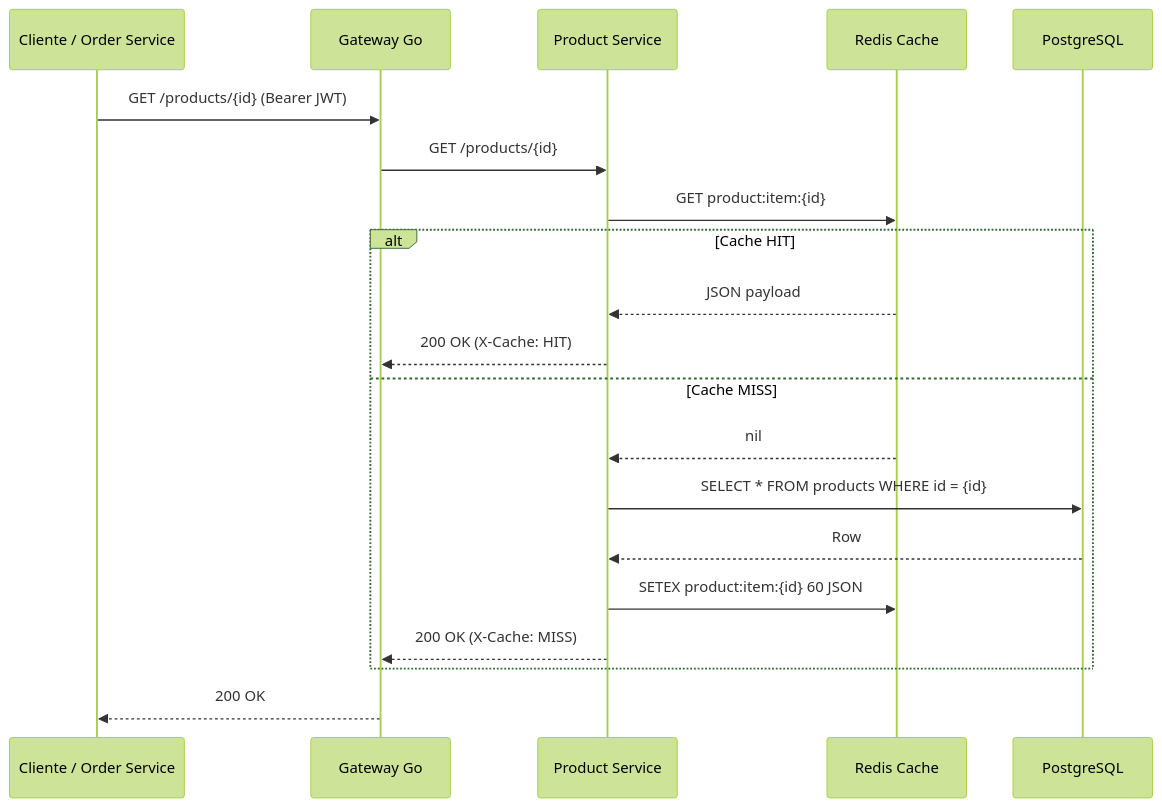
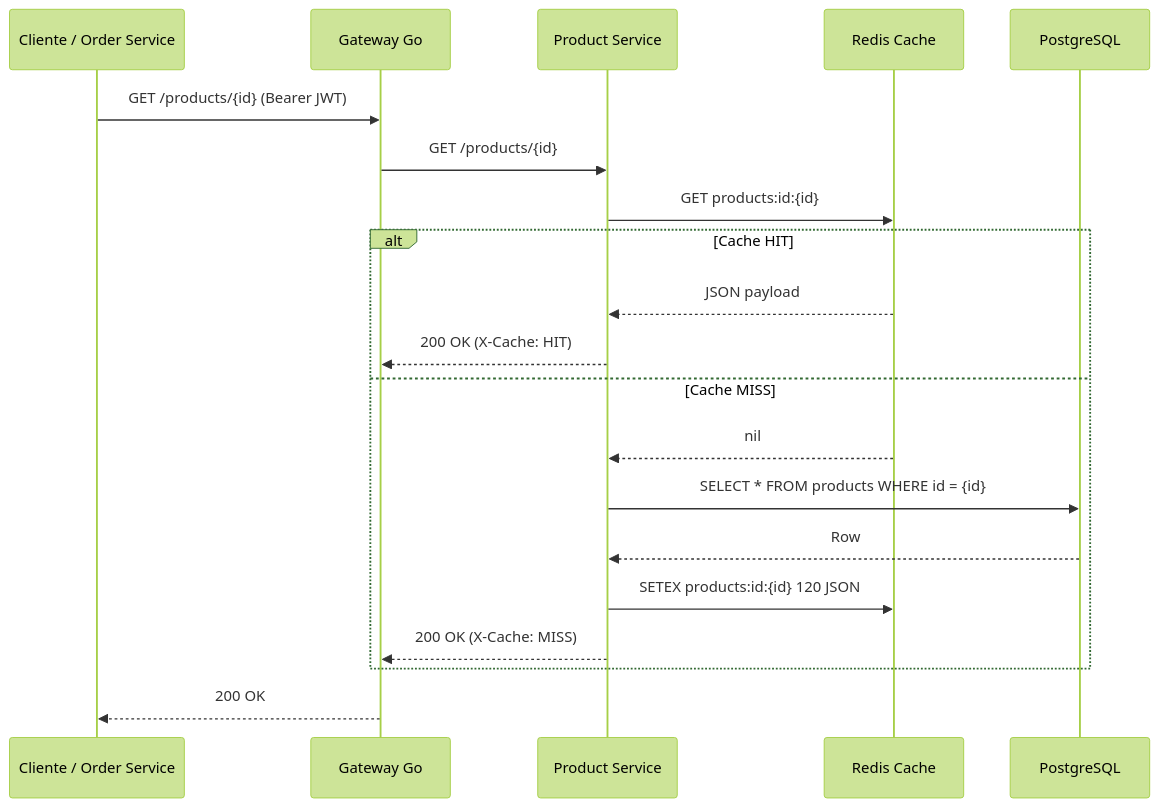
Before and after one commit to Microserv-1/store-docs-b: the first of 2 diagrams in docs/bottlenecks.md, drawn with Mermaid (forest theme). The commit also changed other lines of this file and 8 other files, not shown here.

````diff
--- a/docs/bottlenecks.md
+++ b/docs/bottlenecks.md
@@ -29,23 +29,23 @@
 ```mermaid
 sequenceDiagram
     participant C as Cliente / Order Service
     participant G as Gateway Go
     participant P as Product Service
     participant R as Redis Cache
     participant DB as PostgreSQL
 
     C->>G: GET /products/{id} (Bearer JWT)
     G->>P: GET /products/{id}
-    P->>R: GET product:item:{id}
+    P->>R: GET products:id:{id}
     alt Cache HIT
         R-->>P: JSON payload
         P-->>G: 200 OK (X-Cache: HIT)
     else Cache MISS
         R-->>P: nil
         P->>DB: SELECT * FROM products WHERE id = {id}
         DB-->>P: Row
-        P->>R: SETEX product:item:{id} 60 JSON
+        P->>R: SETEX products:id:{id} 120 JSON
         P-->>G: 200 OK (X-Cache: MISS)
     end
     G-->>C: 200 OK
 ```
````
